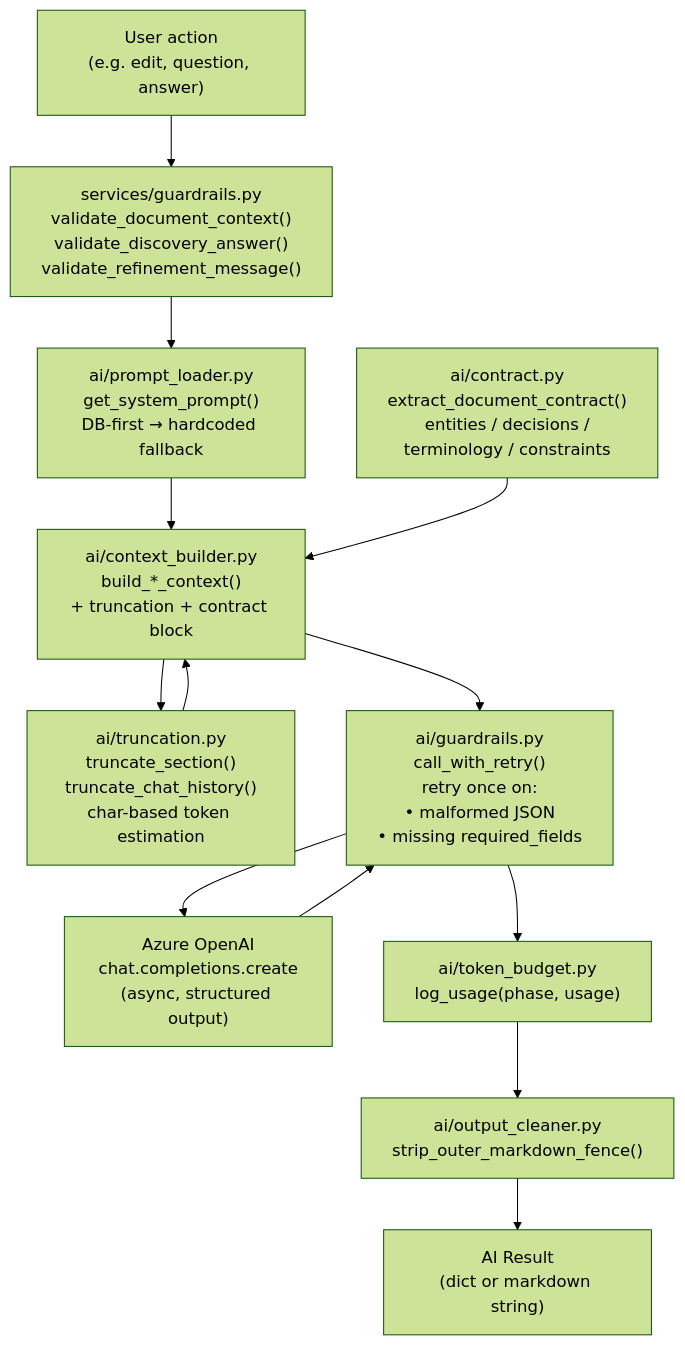
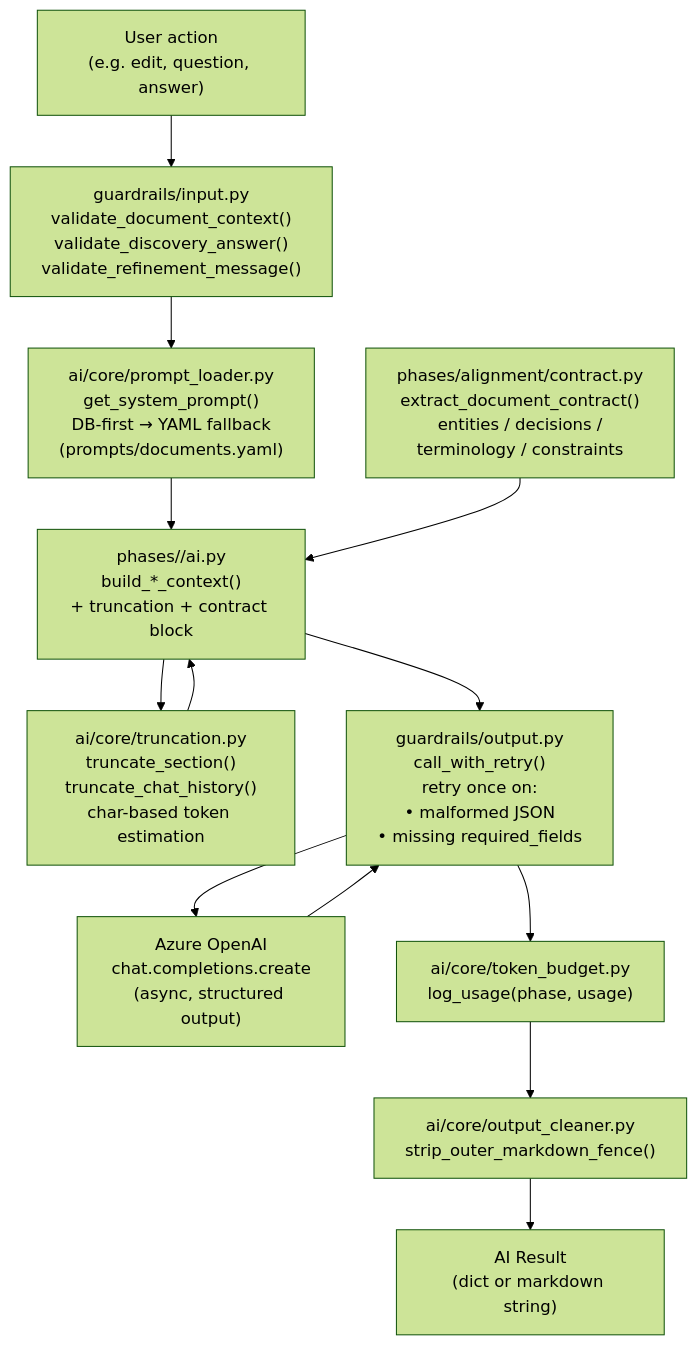
Before and after one commit to maxjneto/doc-forge: the fifth of 9 diagrams in ARCHITECTURE.md, drawn with Mermaid (forest theme). The commit also changed other lines of this file and 45 other files, not shown here.

````diff
--- a/ARCHITECTURE.md
+++ b/ARCHITECTURE.md
@@ -197,21 +197,21 @@
 ```mermaid
 flowchart TD
     UserAction["User action\n(e.g. edit, question, answer)"]
-    InputGuard["services/guardrails.py\nvalidate_document_context()\nvalidate_discovery_answer()\nvalidate_refinement_message()"]
-    PromptLoad["ai/prompt_loader.py\nget_system_prompt()\nDB-first → hardcoded fallback"]
-    ContextBuild["ai/context_builder.py\nbuild_*_context()\n+ truncation + contract block"]
-    Truncation["ai/truncation.py\ntruncate_section()\ntruncate_chat_history()\nchar-based token estimation"]
-    Contract["ai/contract.py\nextract_document_contract()\nentities / decisions /\nterminology / constraints"]
-    CallRetry["ai/guardrails.py\ncall_with_retry()\nretry once on:\n• malformed JSON\n• missing required_fields"]
+    InputGuard["guardrails/input.py\nvalidate_document_context()\nvalidate_discovery_answer()\nvalidate_refinement_message()"]
+    PromptLoad["ai/core/prompt_loader.py\nget_system_prompt()\nDB-first → YAML fallback\n(prompts/documents.yaml)"]
+    ContextBuild["phases/<phase>/ai.py\nbuild_*_context()\n+ truncation + contract block"]
+    Truncation["ai/core/truncation.py\ntruncate_section()\ntruncate_chat_history()\nchar-based token estimation"]
+    Contract["phases/alignment/contract.py\nextract_document_contract()\nentities / decisions /\nterminology / constraints"]
+    CallRetry["guardrails/output.py\ncall_with_retry()\nretry once on:\n• malformed JSON\n• missing required_fields"]
     AzureOAI["Azure OpenAI\nchat.completions.create\n(async, structured output)"]
-    LogUsage["ai/token_budget.py\nlog_usage(phase, usage)"]
-    OutputClean["ai/output_cleaner.py\nstrip_outer_markdown_fence()"]
+    LogUsage["ai/core/token_budget.py\nlog_usage(phase, usage)"]
+    OutputClean["ai/core/output_cleaner.py\nstrip_outer_markdown_fence()"]
     Result["AI Result\n(dict or markdown string)"]
 
     UserAction --> InputGuard --> PromptLoad --> ContextBuild
     ContextBuild --> Truncation
     Truncation --> ContextBuild
     ContextBuild --> CallRetry --> AzureOAI
     AzureOAI --> CallRetry --> LogUsage --> OutputClean --> Result
     Contract --> ContextBuild
 ```
````
